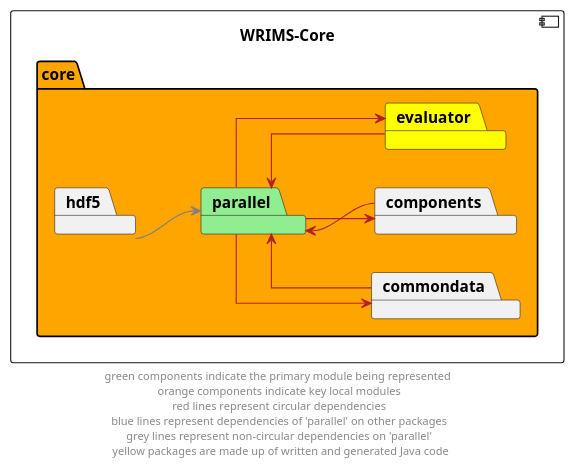
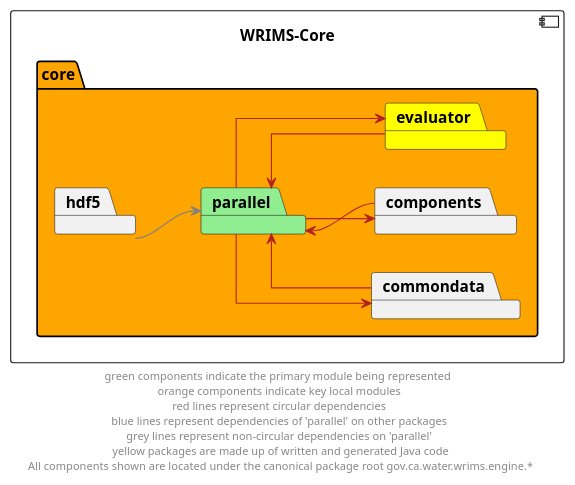
The diagram in docs/diagrams/wrims-core/wrims-core_parallel.puml (CentralValleyModeling/wrims-engine), drawn with PlantUML before and after one commit. The commit also changed 34 other files, not shown here.

Commit message:
Added missing canonical tld path references to diagrams

```diff
--- a/docs/diagrams/wrims-core/wrims-core_parallel.puml
+++ b/docs/diagrams/wrims-core/wrims-core_parallel.puml
@@ -1,28 +1,28 @@
 @startuml
 left to right direction
 skinparam linetype ortho
 
 component wrims_core as "WRIMS-Core" {
     package core #orange {
         package parallel #lightgreen
         package commondata
         package components
         package evaluator #yellow
         package hdf5
     }
 }
 
 parallel -->  evaluator #firebrick
 evaluator --> parallel #firebrick
 parallel -->  commondata #firebrick
 commondata --> parallel #firebrick
 parallel -->  components #firebrick
 components --> parallel #firebrick
 
 hdf5 --> parallel #grey
 
 ' The following relationships are hidden and used to format the diagram. They do not represent actual dependencies.
 'debug -r[hidden]-> evaluator
 
-footer "green components indicate the primary module being represented \n orange components indicate key local modules \n red lines represent circular dependencies \n blue lines represent dependencies of 'parallel' on other packages \n grey lines represent non-circular dependencies on 'parallel' \n yellow packages are made up of written and generated Java code"
+footer "green components indicate the primary module being represented \n orange components indicate key local modules \n red lines represent circular dependencies \n blue lines represent dependencies of 'parallel' on other packages \n grey lines represent non-circular dependencies on 'parallel' \n yellow packages are made up of written and generated Java code\n All components shown are located under the canonical package root gov.ca.water.wrims.engine.*"
 @enduml
```
